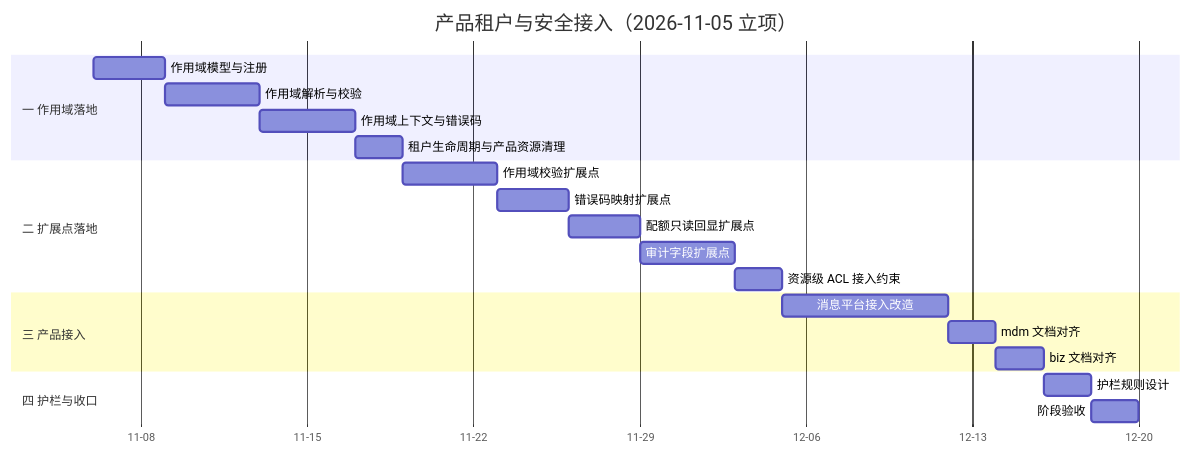
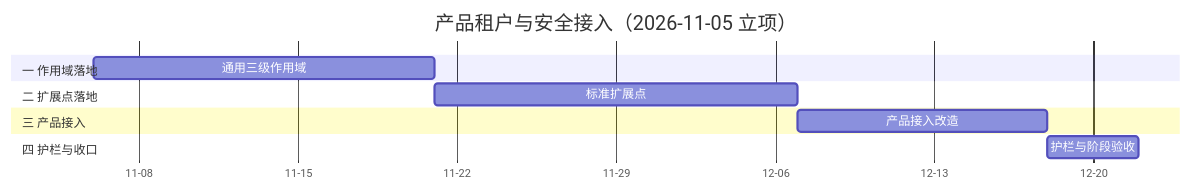
The diagram in bms文档/项目/07D_产品租户与安全接入/计划/01_计划_产品租户与安全接入.md (minjian123/basic-management-system), drawn with Mermaid before and after one commit. The commit also changed other lines of this file and 25 other files, not shown here.

````diff
--- a/bms文档/项目/07D_产品租户与安全接入/计划/01_计划_产品租户与安全接入.md
+++ b/bms文档/项目/07D_产品租户与安全接入/计划/01_计划_产品租户与安全接入.md
@@ -51,24 +42,14 @@
 ```mermaid
 gantt
     title 产品租户与安全接入（2026-11-05 立项）
     dateFormat YYYY-MM-DD
     axisFormat %m-%d
     section 一 作用域落地
-    作用域模型与注册 :a1, 2026-11-06, 3d
-    作用域解析与校验 :a2, after a1, 4d
-    作用域上下文与错误码 :a3, after a2, 4d
-    租户生命周期与产品资源清理 :a4, after a3, 2d
+    通用三级作用域 :a1, 2026-11-06, 15d
     section 二 扩展点落地
-    作用域校验扩展点 :b1, after a4, 4d
-    错误码映射扩展点 :b2, after b1, 3d
-    配额只读回显扩展点 :b3, after b2, 3d
-    审计字段扩展点 :b4, after b3, 4d
-    资源级 ACL 接入约束 :b5, after b4, 2d
+    标准扩展点 :b1, after a1, 16d
     section 三 产品接入
-    消息平台接入改造 :c1, after b5, 7d
-    mdm 文档对齐 :c2, after c1, 2d
-    biz 文档对齐 :c3, after c2, 2d
+    产品接入改造 :c1, after b1, 11d
     section 四 护栏与收口
-    护栏规则设计 :d1, after c3, 2d
-    阶段验收 :d2, after d1, 2d
+    护栏与阶段验收 :d1, after c1, 4d
 ```
````
